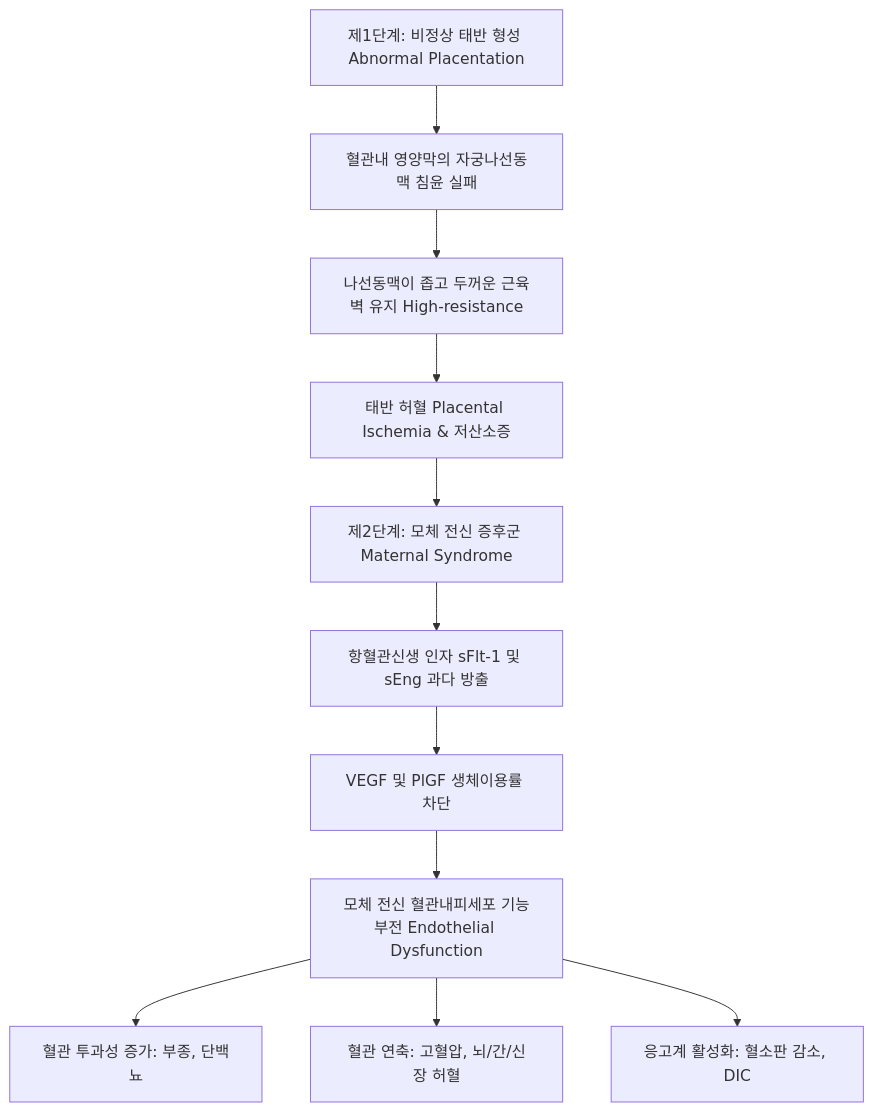
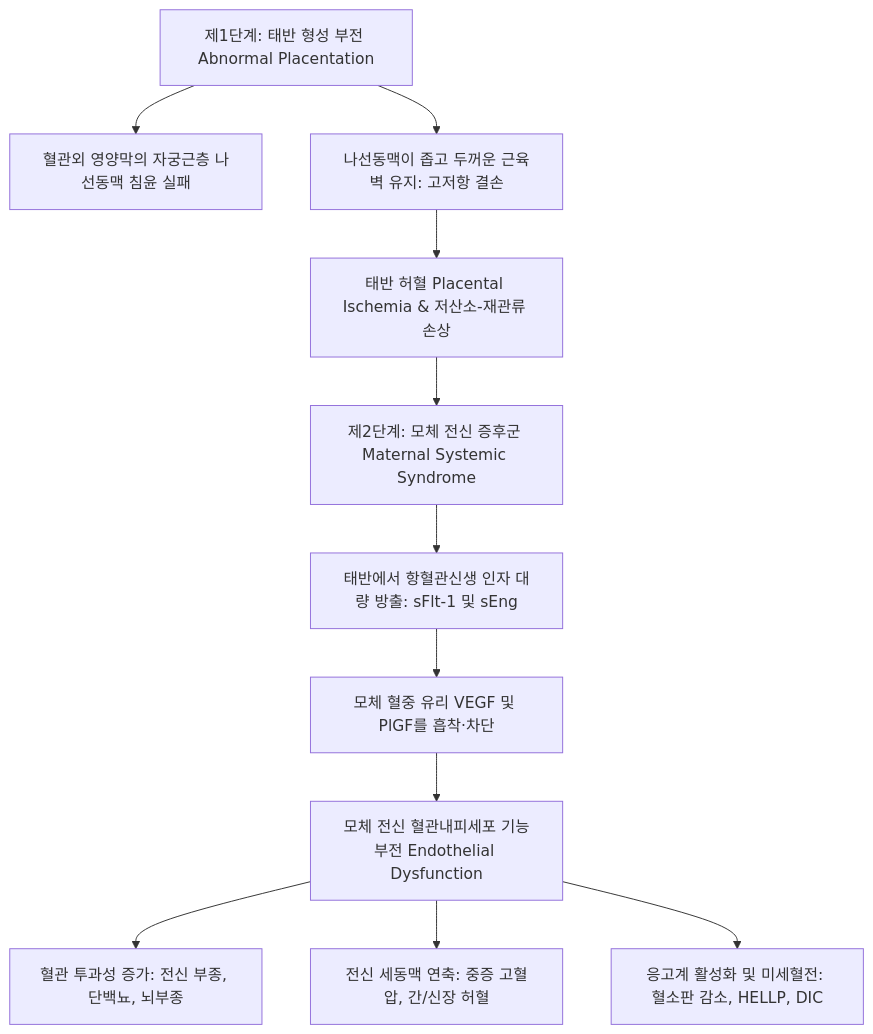
Before and after one commit to simbio11/simbio-digital-garden2: the fourth of 5 diagrams in content/5. 독서, 노트/독서/네터해부학/Vol1_생식기계/Day12_임신_해부발생_태반생리_산과합병증_분만학.md, drawn with Mermaid. The commit also changed other lines of this file and 9 other files, not shown here.

````diff
--- a/content/5. 독서, 노트/독서/네터해부학/Vol1_생식기계/Day12_임신_해부발생_태반생리_산과합병증_분만학.md
+++ b/content/5. 독서, 노트/독서/네터해부학/Vol1_생식기계/Day12_임신_해부발생_태반생리_산과합병증_분만학.md
@@ -692,15 +1262,15 @@
 ```mermaid
 graph TD
-    Stage1[제1단계: 비정상 태반 형성 Abnormal Placentation]
-    Stage1 --> A[혈관내 영양막의 자궁나선동맥 침윤 실패]
-    A --> B[나선동맥이 좁고 두꺼운 근육벽 유지 High-resistance]
-    B --> C[태반 허혈 Placental Ischemia & 저산소증]
+    Stage1[제1단계: 태반 형성 부전 Abnormal Placentation]
+    Stage1 --> A[혈관외 영양막의 자궁근층 나선동맥 침윤 실패]
+    Stage1 --> B[나선동맥이 좁고 두꺼운 근육벽 유지: 고저항 결손]
+    B --> C[태반 허혈 Placental Ischemia & 저산소-재관류 손상]
     
-    C --> Stage2[제2단계: 모체 전신 증후군 Maternal Syndrome]
-    Stage2 --> D[항혈관신생 인자 sFlt-1 및 sEng 과다 방출]
-    D --> E[VEGF 및 PlGF 생체이용률 차단]
+    C --> Stage2[제2단계: 모체 전신 증후군 Maternal Systemic Syndrome]
+    Stage2 --> D[태반에서 항혈관신생 인자 대량 방출: sFlt-1 및 sEng]
+    D --> E[모체 혈중 유리 VEGF 및 PlGF를 흡착·차단]
     E --> F[모체 전신 혈관내피세포 기능부전 Endothelial Dysfunction]
-    F --> G1[혈관 투과성 증가: 부종, 단백뇨]
-    F --> G2[혈관 연축: 고혈압, 뇌/간/신장 허혈]
-    F --> G3[응고계 활성화: 혈소판 감소, DIC]
+    F --> G1[혈관 투과성 증가: 전신 부종, 단백뇨, 뇌부종]
+    F --> G2[전신 세동맥 연축: 중증 고혈압, 간/신장 허혈]
+    F --> G3[응고계 활성화 및 미세혈전: 혈소판 감소, HELLP, DIC]
 ```
````
